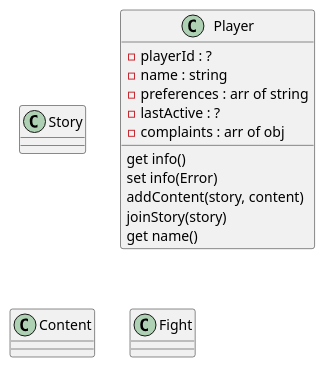
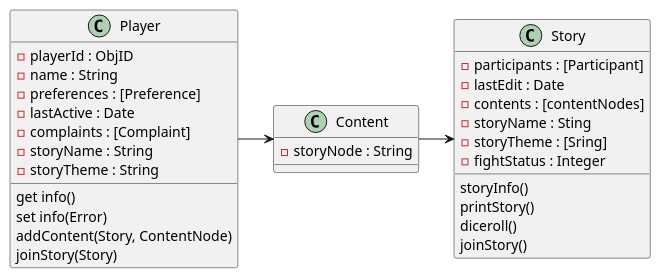
Before and after one commit to riskieee/improrpg: the diagram in puml/class.puml, drawn with PlantUML. The commit also changed 2 other files, not shown here.

```diff
--- a/puml/class.puml
+++ b/puml/class.puml
@@ -1,29 +1,45 @@
 @startuml inmroRPG Class Diagram
 'https://plantuml.com/en/class-diagram
+'good https://real-world-plantuml.com/umls/4780185589121024
+' ok https://real-world-plantuml.com/umls/4727890604195840
+'typescript interface example https://real-world-plantuml.com/umls/4780185589121024
+' o-> hagregation! =/ composition *->
+
+
 class Story {
+  -participants : [Participant]
+  -lastEdit : Date
+  -contents : [contentNodes]
+  -storyName : Sting
+  -storyTheme : [Sring]
+  -fightStatus : Integer
 
+  storyInfo()
+  printStory()
+  diceroll()
+  joinStory()
 }
 
 class Player {
--playerId : ?
--name : string
--preferences : arr of string
--lastActive : ?
--complaints : arr of obj
+-playerId : ObjID
+-name : String
+-preferences : [Preference]
+-lastActive : Date
+-complaints : [Complaint]
+-storyName : String
+-storyTheme : String
 
 get info()
 set info(Error)
-addContent(story, content)
-joinStory(story)
-get name()
+addContent(Story, ContentNode)
+joinStory(Story)
 }
 
 class Content {
-
+-storyNode : String
 }
 
-class Fight {
-
-}
+Player -> Content
+Content -> Story
 
 @enduml
```
